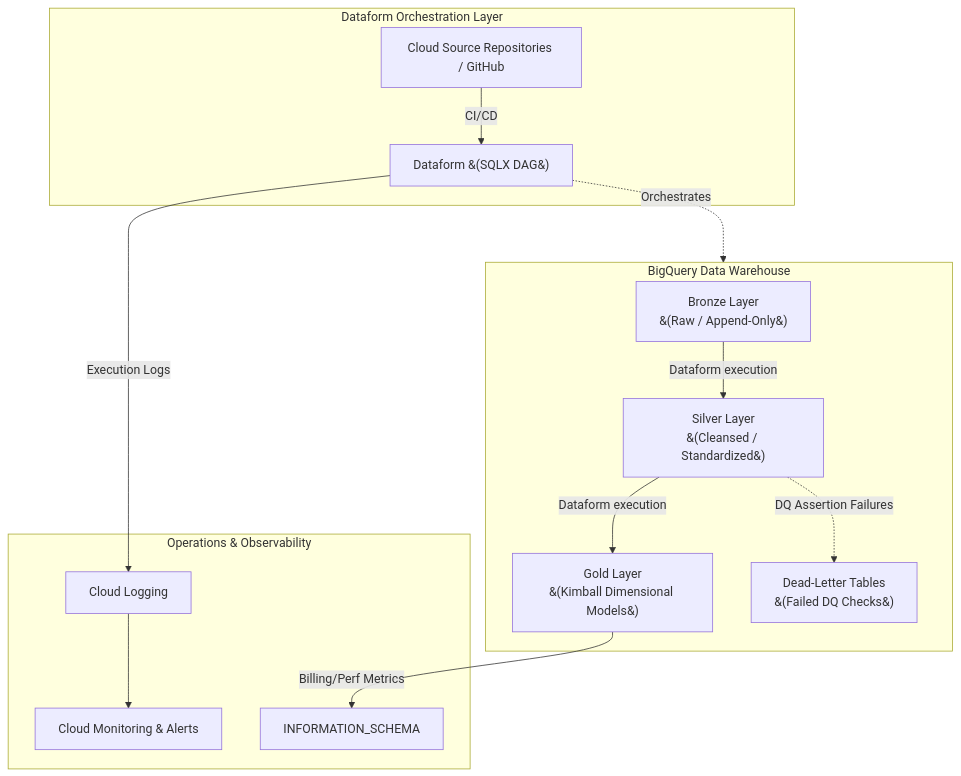
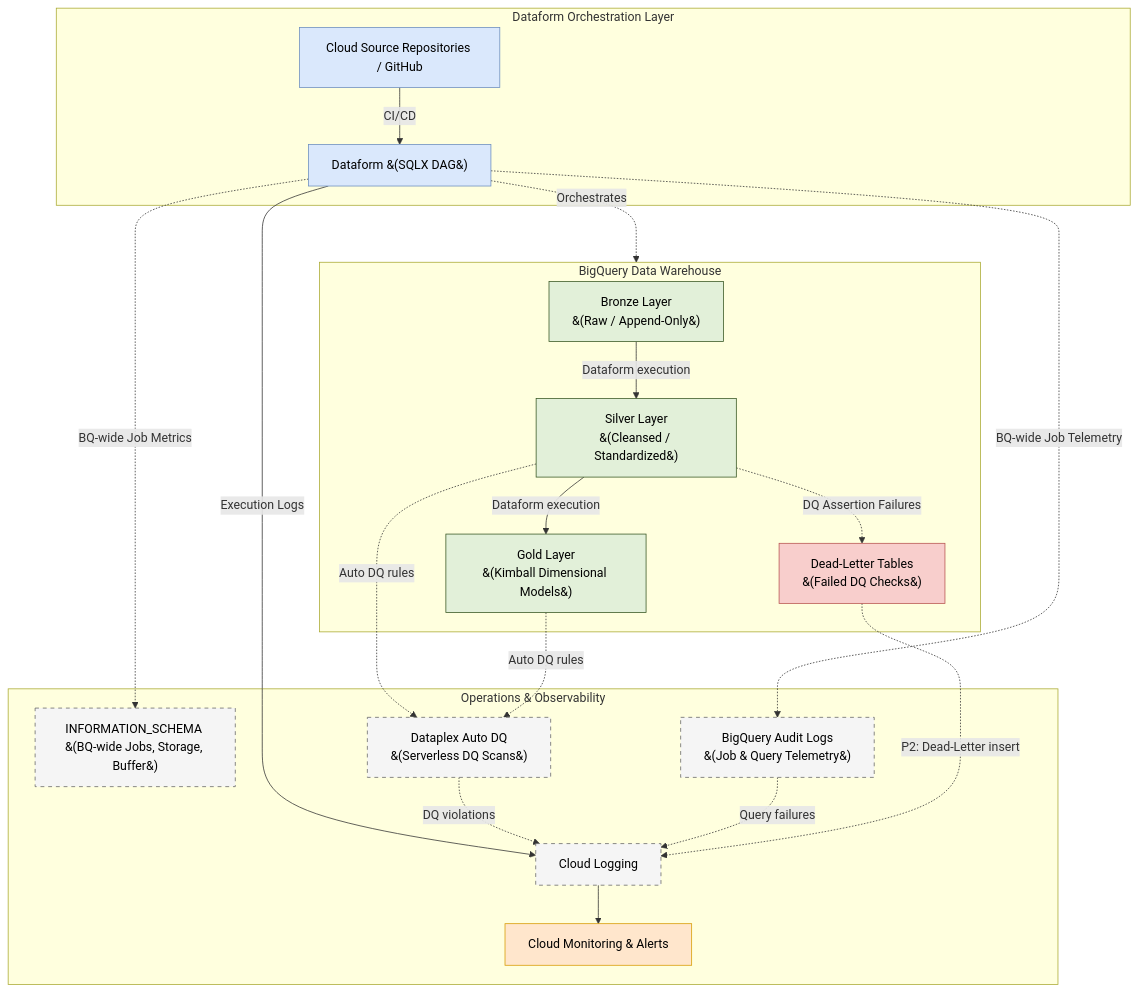
One commit to toanbui626391/data_architect changed the diagram in gcp/bigquery_transformation_architecture.md. Above: the diagram before and after it, drawn with Mermaid. The commit also changed other lines of this file and 1 other file, not shown here.

Commit message:
update bigquery transformation architect

````diff
--- a/gcp/bigquery_transformation_architecture.md
+++ b/gcp/bigquery_transformation_architecture.md
@@ -24,33 +30,55 @@
 ```mermaid
 flowchart TD
     subgraph DataformOrch [Dataform Orchestration Layer]
         DF[Dataform &#40;SQLX DAG&#41;]
         Git[Cloud Source Repositories / GitHub]
         
         Git -->|CI/CD| DF
     end
 
     subgraph BQ [BigQuery Data Warehouse]
         Raw[Bronze Layer<br>&#40;Raw / Append-Only&#41;]
         Silver[Silver Layer<br>&#40;Cleansed / Standardized&#41;]
         Gold[Gold Layer<br>&#40;Kimball Dimensional Models&#41;]
         DeadLetter[Dead-Letter Tables<br>&#40;Failed DQ Checks&#41;]
         
         Raw -->|Dataform execution| Silver
         Silver -->|Dataform execution| Gold
         
         Silver -.->|DQ Assertion Failures| DeadLetter
     end
 
     subgraph Ops [Operations & Observability]
         Logs[Cloud Logging]
         Monitor[Cloud Monitoring & Alerts]
-        IS[INFORMATION_SCHEMA]
+        IS[INFORMATION_SCHEMA <br>&#40;BQ-wide Jobs, Storage, Buffer&#41;]
+        AuditLogs[BigQuery Audit Logs <br>&#40;Job & Query Telemetry&#41;]
+        Dataplex[Dataplex Auto DQ <br>&#40;Serverless DQ Scans&#41;]
         
         DF -->|Execution Logs| Logs
+        DF -.->|BQ-wide Job Telemetry| AuditLogs
+        DF -.->|BQ-wide Job Metrics| IS
+        Silver -.->|Auto DQ rules| Dataplex
+        Gold -.->|Auto DQ rules| Dataplex
+        
+        Dataplex -.->|DQ violations| Logs
+        AuditLogs -.->|Query failures| Logs
+        DeadLetter -.->|P2: Dead-Letter insert| Logs
         Logs --> Monitor
-        Gold -->|Billing/Perf Metrics| IS
     end
 
     DF -.->|Orchestrates| BQ
+
+    %% Styling
+    classDef storage fill:#e2f0d9,stroke:#385723,stroke-width:1px,color:#000;
+    classDef process fill:#dae8fc,stroke:#6c8ebf,stroke-width:1px,color:#000;
+    classDef bad fill:#f8cecc,stroke:#b85450,stroke-width:1px,color:#000;
+    classDef monitor fill:#f5f5f5,stroke:#666,stroke-width:1px,color:#000,stroke-dasharray: 5 5;
+    classDef alert fill:#ffe6cc,stroke:#d79b00,stroke-width:1px,color:#000;
+
+    class Raw,Silver,Gold storage;
+    class DF,Git process;
+    class DeadLetter bad;
+    class Logs,IS,AuditLogs,Dataplex monitor;
+    class Monitor alert;
 ```
````
